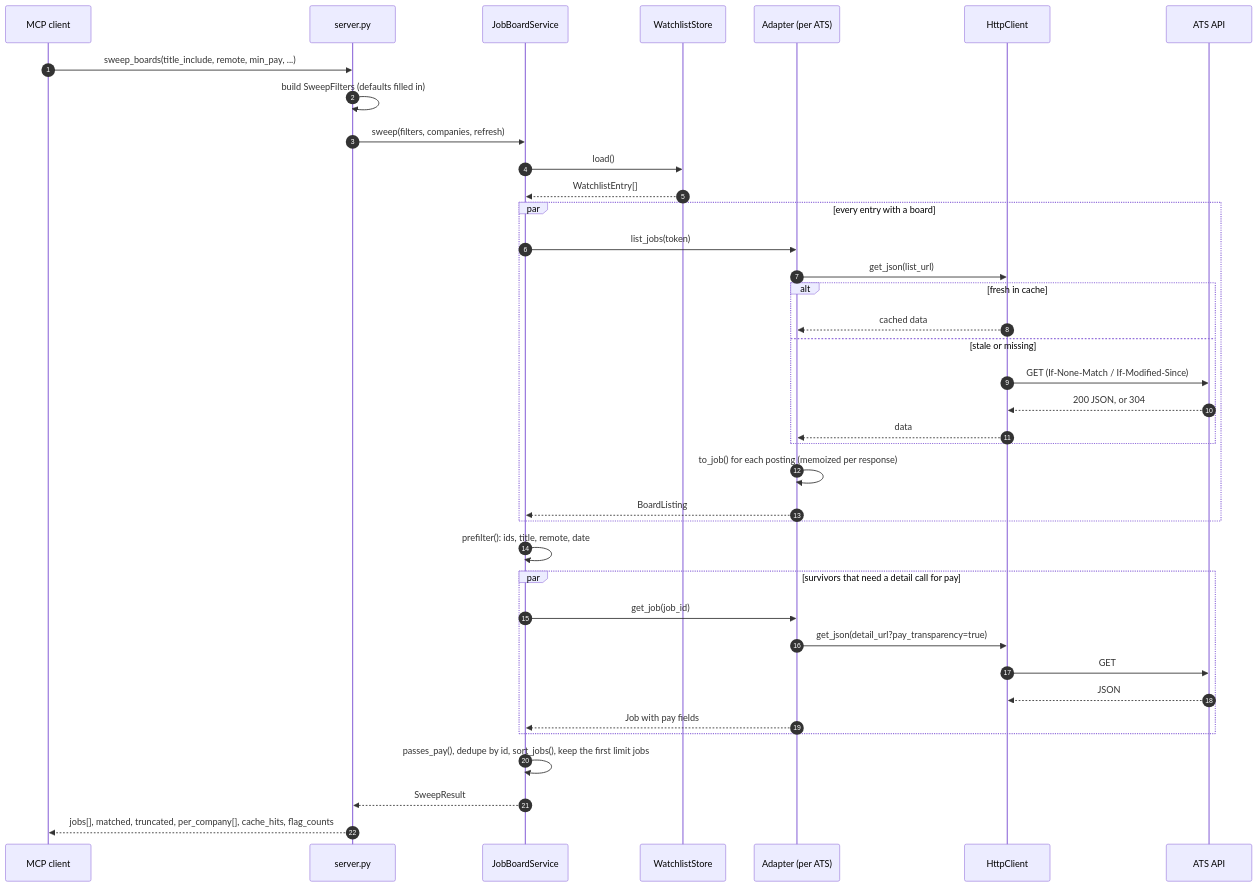
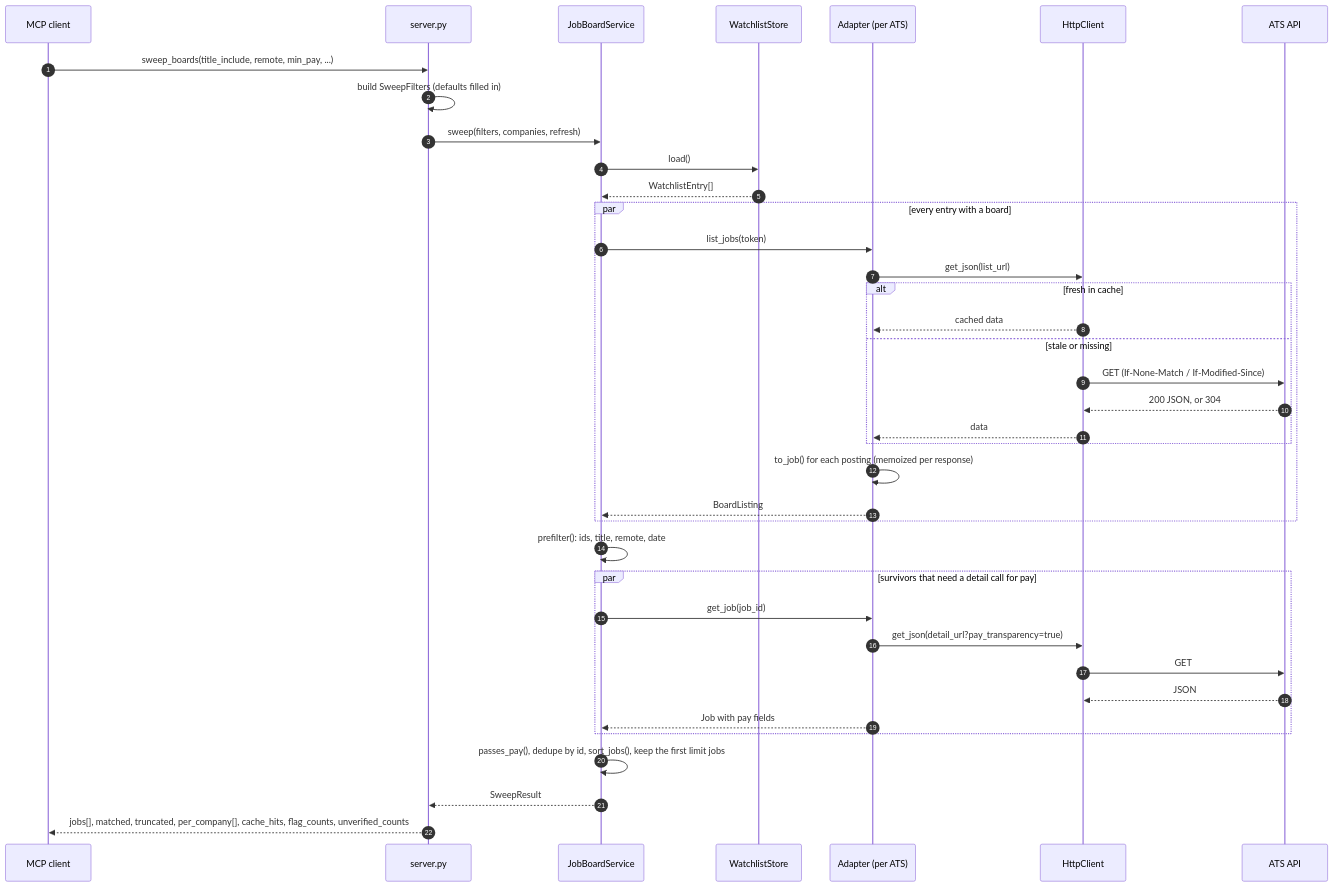
One commit to HakujouRyu/jobboard-mcp changed the third of 7 diagrams in docs/architecture.md. Above: the diagram before and after it, drawn with Mermaid. The commit also changed other lines of this file and 12 other files, not shown here.

````diff
--- a/docs/architecture.md
+++ b/docs/architecture.md
@@ -110,45 +110,45 @@
 ```mermaid
 sequenceDiagram
     autonumber
     participant C as MCP client
     participant S as server.py
     participant Svc as JobBoardService
     participant W as WatchlistStore
     participant A as Adapter (per ATS)
     participant H as HttpClient
     participant API as ATS API
 
     C->>S: sweep_boards(title_include, remote, min_pay, ...)
     S->>S: build SweepFilters (defaults filled in)
     S->>Svc: sweep(filters, companies, refresh)
     Svc->>W: load()
     W-->>Svc: WatchlistEntry[]
 
     par every entry with a board
         Svc->>A: list_jobs(token)
         A->>H: get_json(list_url)
         alt fresh in cache
             H-->>A: cached data
         else stale or missing
             H->>API: GET (If-None-Match / If-Modified-Since)
             API-->>H: 200 JSON, or 304
             H-->>A: data
         end
         A->>A: to_job() for each posting (memoized per response)
         A-->>Svc: BoardListing
     end
 
     Svc->>Svc: prefilter(): ids, title, remote, date
 
     par survivors that need a detail call for pay
         Svc->>A: get_job(job_id)
         A->>H: get_json(detail_url?pay_transparency=true)
         H->>API: GET
         API-->>H: JSON
         A-->>Svc: Job with pay fields
     end
 
     Svc->>Svc: passes_pay(), dedupe by id, sort_jobs(), keep the first limit jobs
     Svc-->>S: SweepResult
-    S-->>C: jobs[], matched, truncated, per_company[], cache_hits, flag_counts
+    S-->>C: jobs[], matched, truncated, per_company[], cache_hits, flag_counts, unverified_counts
 ```
````
